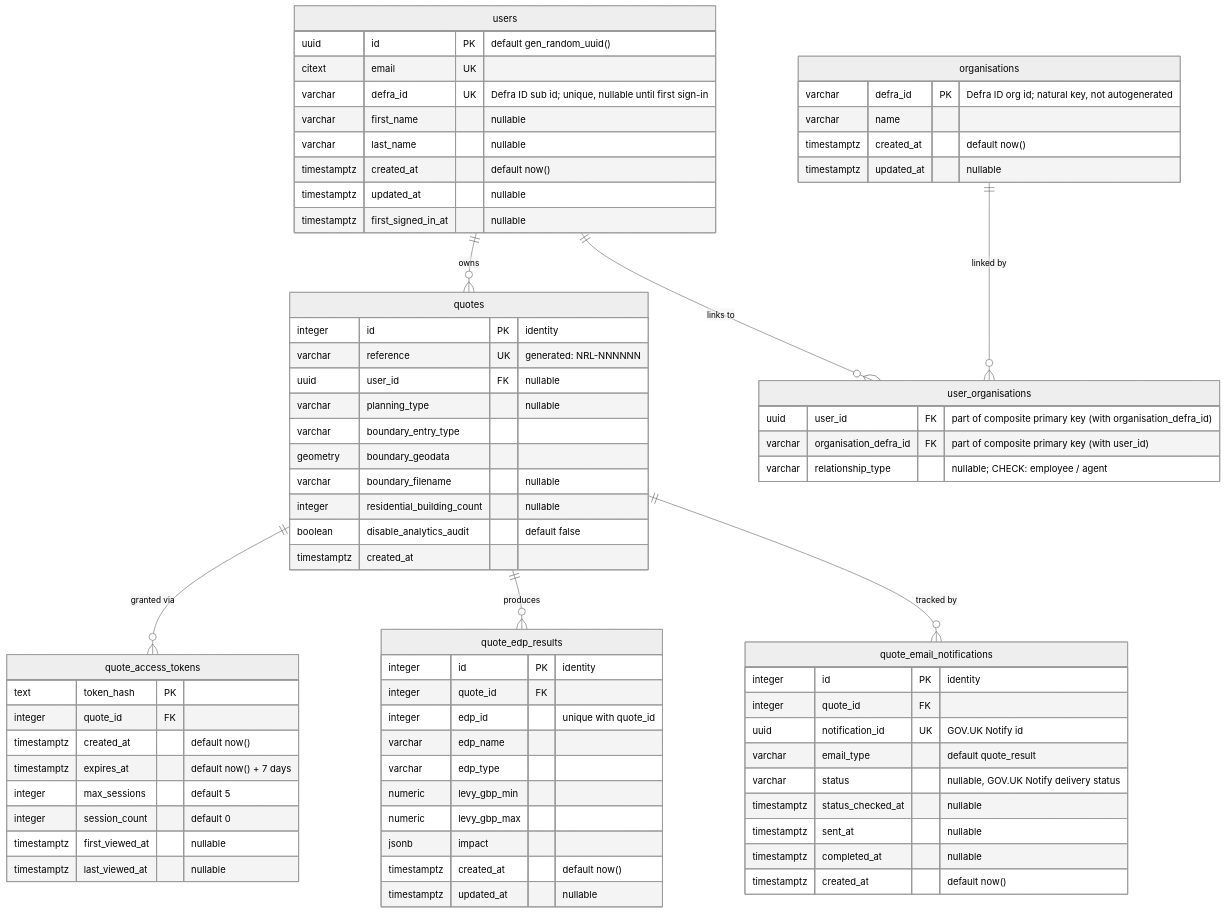
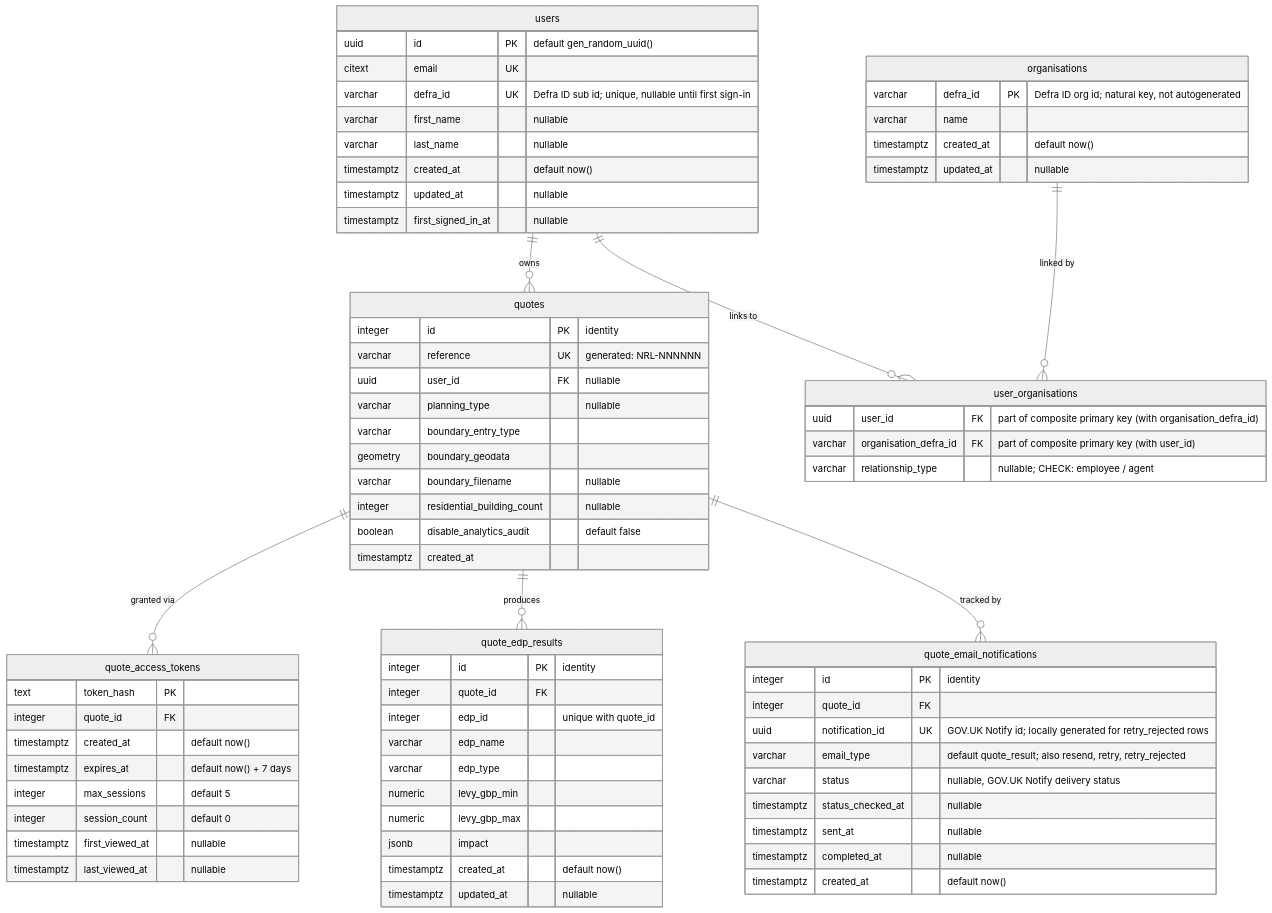
Before and after one commit to DEFRA/nrf-backend: the diagram in docs/quote-database-diagram.md, drawn with Mermaid (neutral theme). The commit also changed other lines of this file and 19 other files, not shown here.

First line of the commit message:
NRF2-849: add new retry delivery email cron job (#273)

````diff
--- a/docs/quote-database-diagram.md
+++ b/docs/quote-database-diagram.md
@@ -10,82 +10,82 @@
 ```mermaid
 erDiagram
     users ||--o{ quotes : "owns"
     quotes ||--o{ quote_access_tokens : "granted via"
     quotes ||--o{ quote_edp_results : "produces"
     quotes ||--o{ quote_email_notifications : "tracked by"
     users ||--o{ user_organisations : "links to"
     organisations ||--o{ user_organisations : "linked by"
 
     users {
         uuid id PK "default gen_random_uuid()"
         citext email UK
         varchar defra_id UK "Defra ID sub id; unique, nullable until first sign-in"
         varchar first_name "nullable"
         varchar last_name "nullable"
         timestamptz created_at "default now()"
         timestamptz updated_at "nullable"
         timestamptz first_signed_in_at "nullable"
     }
 
     organisations {
         varchar defra_id PK "Defra ID org id; natural key, not autogenerated"
         varchar name
         timestamptz created_at "default now()"
         timestamptz updated_at "nullable"
     }
 
     user_organisations {
         uuid user_id FK "part of composite primary key (with organisation_defra_id)"
         varchar organisation_defra_id FK "part of composite primary key (with user_id)"
         varchar relationship_type "nullable; CHECK: employee / agent"
     }
 
     quotes {
         integer id PK "identity"
         varchar reference UK "generated: NRL-NNNNNN"
         uuid user_id FK "nullable"
         varchar planning_type "nullable"
         varchar boundary_entry_type
         geometry boundary_geodata
         varchar boundary_filename "nullable"
         integer residential_building_count "nullable"
         boolean disable_analytics_audit "default false"
         timestamptz created_at
     }
 
     quote_access_tokens {
         text token_hash PK
         integer quote_id FK
         timestamptz created_at "default now()"
         timestamptz expires_at "default now() + 7 days"
         integer max_sessions "default 5"
         integer session_count "default 0"
         timestamptz first_viewed_at "nullable"
         timestamptz last_viewed_at "nullable"
     }
 
     quote_edp_results {
         integer id PK "identity"
         integer quote_id FK
         integer edp_id "unique with quote_id"
         varchar edp_name
         varchar edp_type
         numeric levy_gbp_min
         numeric levy_gbp_max
         jsonb impact
         timestamptz created_at "default now()"
         timestamptz updated_at "nullable"
     }
 
     quote_email_notifications {
         integer id PK "identity"
         integer quote_id FK
-        uuid notification_id UK "GOV.UK Notify id"
-        varchar email_type "default quote_result"
+        uuid notification_id UK "GOV.UK Notify id; locally generated for retry_rejected rows"
+        varchar email_type "default quote_result; also resend, retry, retry_rejected"
         varchar status "nullable, GOV.UK Notify delivery status"
         timestamptz status_checked_at "nullable"
         timestamptz sent_at "nullable"
         timestamptz completed_at "nullable"
         timestamptz created_at "default now()"
     }
 ```
````
